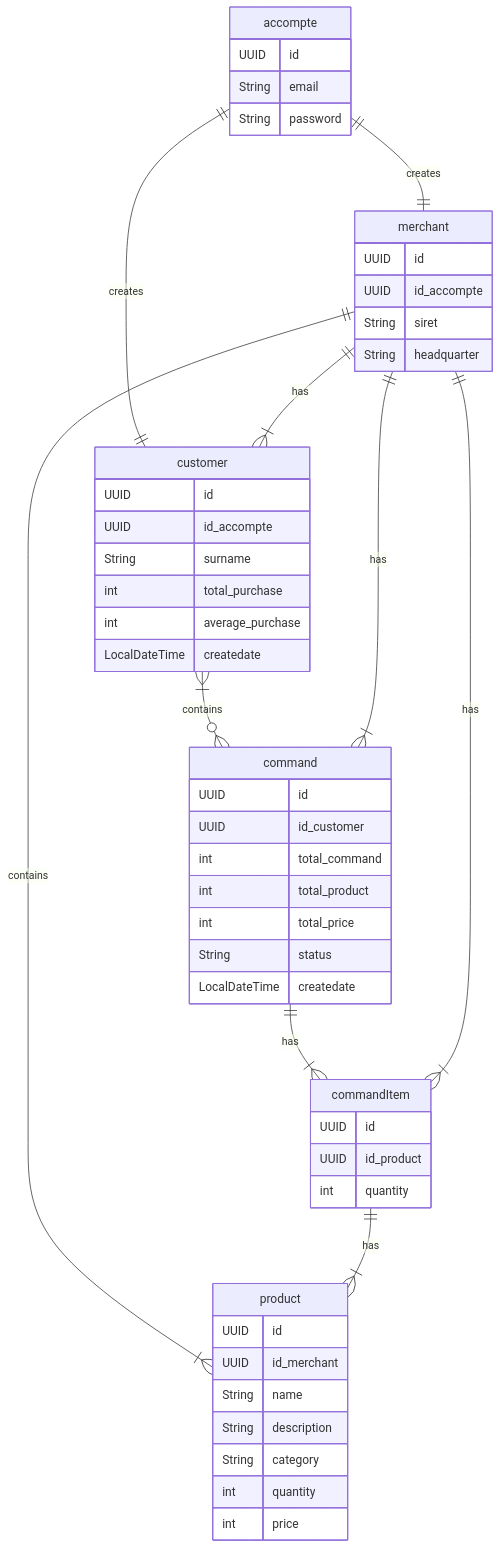
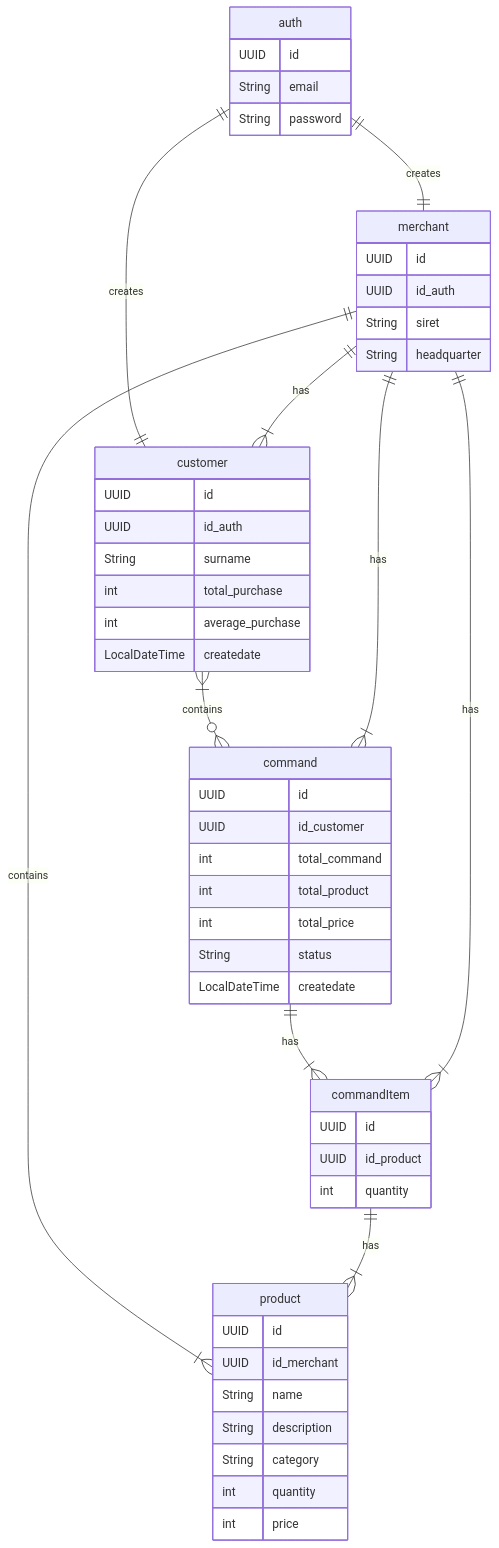
The first of 6 diagrams in README.md (Steph4477/masterpiece), drawn with Mermaid before and after one commit. The commit also changed 18 other files, not shown here.

````diff
--- a/README.md
+++ b/README.md
@@ -68,71 +68,71 @@
 ```mermaid
 
 erDiagram
     %% exactly one to exactly one
-    accompte ||--|| merchant : creates
+    auth ||--|| merchant : creates
     %% exactly one to exactly one
-    accompte ||--|| customer : creates
+    auth ||--|| customer : creates
     %% exactly one to one or more
     merchant ||--|{ product : contains
     %% exactly one to exactly one
     merchant ||--|{ customer : has
     %% one or more to zero or more
     customer }|--o{ command : contains
     %% exactly one to one or more
     merchant ||--|{ command : has
     %% exactly one to one or more
     command ||--|{ commandItem : has
     %% exactly one to one or more
     merchant ||--|{ commandItem : has
     %% exactly one to one or more
     commandItem ||--|{ product : has
 
-accompte {
+auth {
    UUID id
    String email
    String password  
 }
 
 merchant {
    UUID id
-   UUID id_accompte
+   UUID id_auth
    String siret
    String headquarter
 }
 
 customer {
    UUID id
-   UUID id_accompte
+   UUID id_auth
    String surname
    int total_purchase
    int average_purchase
    LocalDateTime createdate      
 }
 
 command {
    UUID id
    UUID id_customer
    int total_command
    int total_product
    int total_price
    String status
    LocalDateTime createdate        
 }
 
 commandItem {
    UUID id
    UUID id_product
    int quantity     
 }
   
 product {
    UUID id
    UUID id_merchant
    String name
    String description
    String category
    int quantity
    int price   
 }
 
 ```
````
